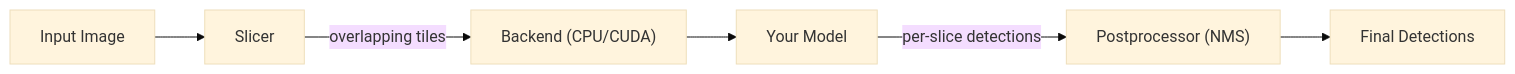
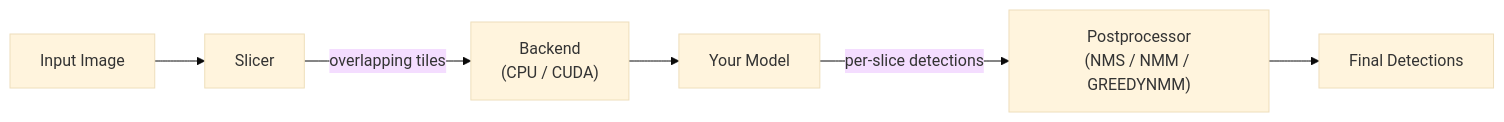
One commit to danghoangnhan/sahi.rs changed the diagram in README.md. Above: the diagram before and after it, drawn with Mermaid (base theme). The commit also changed other lines of this file and 1 other file, not shown here.

````diff
--- a/README.md
+++ b/README.md
@@ -5,8 +10,8 @@
 ```mermaid
 flowchart LR
     A["Input Image"] --> B["Slicer"]
-    B -->|"overlapping tiles"| C["Backend (CPU/CUDA)"]
+    B -->|"overlapping tiles"| C["Backend\n(CPU / CUDA)"]
     C --> D["Your Model"]
-    D -->|"per-slice detections"| E["Postprocessor (NMS)"]
+    D -->|"per-slice detections"| E["Postprocessor\n(NMS / NMM / GREEDYNMM)"]
     E --> F["Final Detections"]
 ```
````
